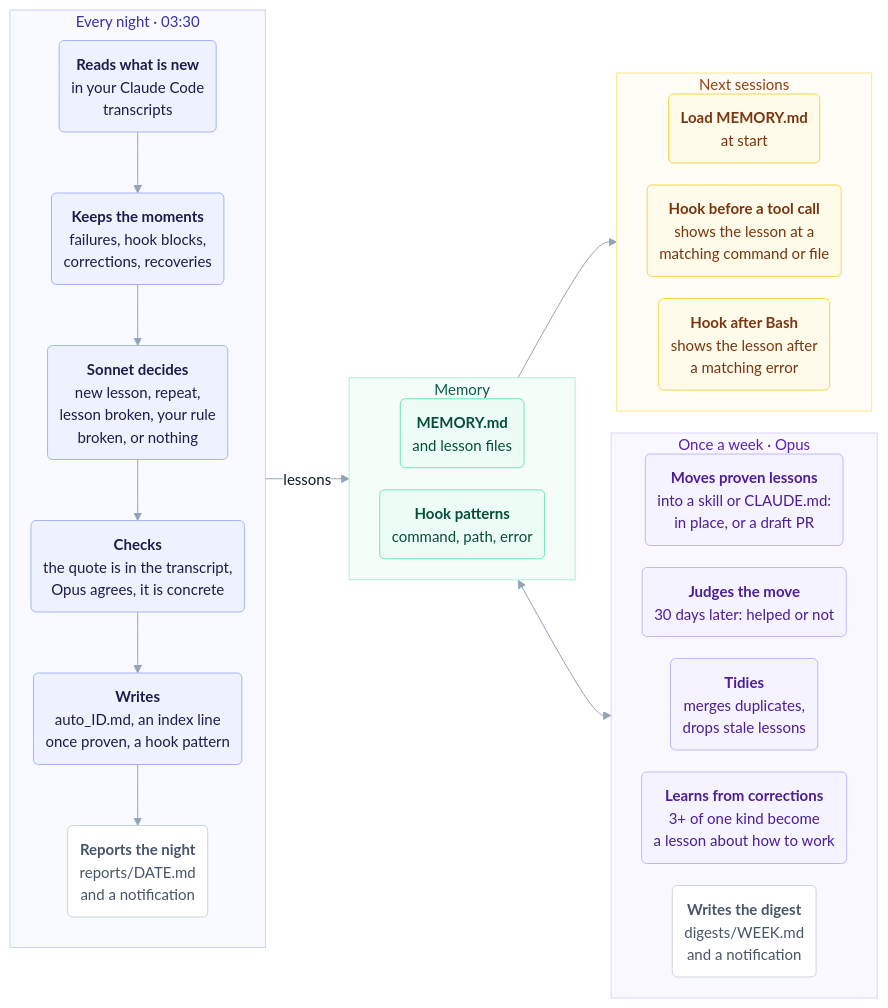
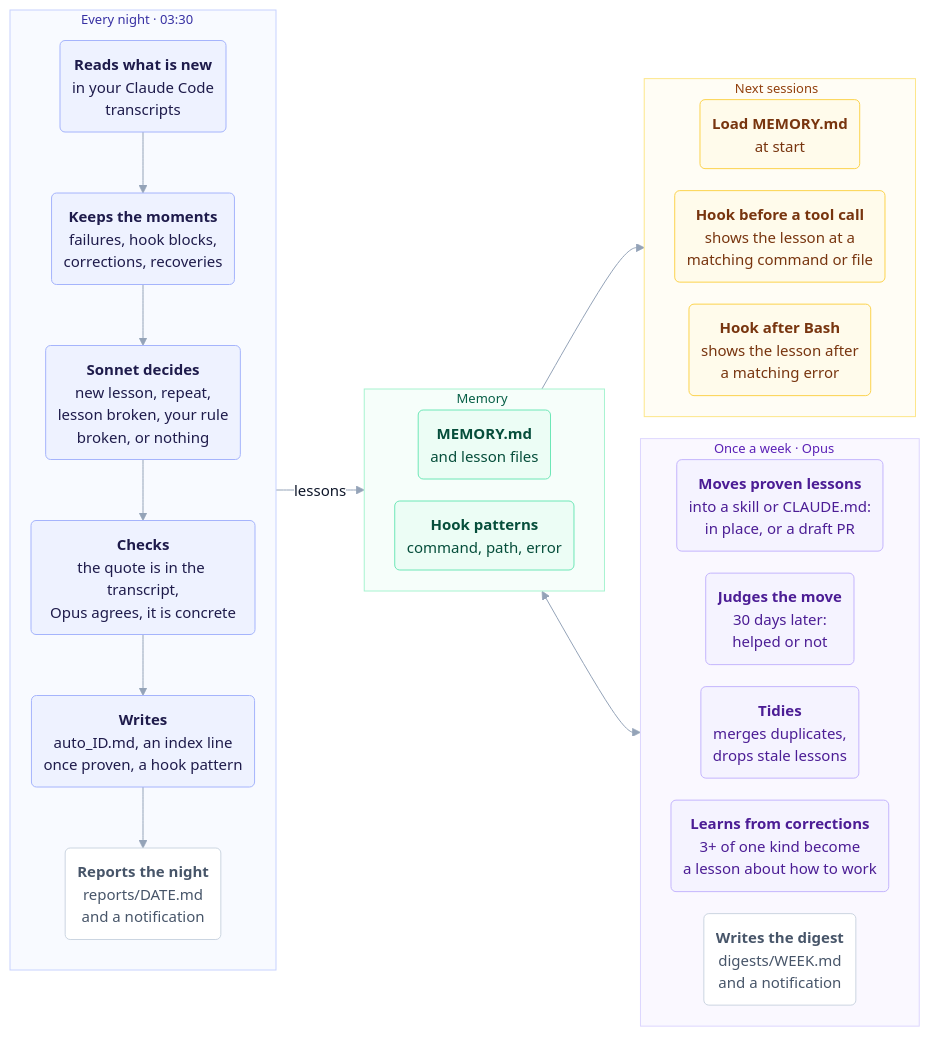
The first of 3 diagrams in README.md (vladislavgorbunov-afk/agent-reflect), drawn with Mermaid before and after one commit. The commit also changed other lines of this file, not shown here.

First line of the commit message:
docs: Keep the diagram labels inside their boxes on GitHub

````diff
--- a/README.md
+++ b/README.md
@@ -22,52 +22,53 @@
 ```mermaid
 %%{init: {"theme": "base", "themeVariables": {"fontFamily": "system-ui, -apple-system, Segoe UI, Helvetica, Arial, sans-serif", "fontSize": "15px", "lineColor": "#94a3b8", "primaryColor": "#f1f5f9", "primaryBorderColor": "#cbd5e1", "primaryTextColor": "#0f172a", "clusterBkg": "#f8fafc", "clusterBorder": "#e2e8f0", "edgeLabelBackground": "#ffffff"}, "flowchart": {"curve": "basis", "nodeSpacing": 22, "rankSpacing": 36, "padding": 12}}}%%
 flowchart LR
     subgraph N ["Every night · 03:30"]
         direction TB
         n1("<b>Reads what is new</b><br/>in your Claude Code<br/>transcripts"):::night
         n2("<b>Keeps the moments</b><br/>failures, hook blocks,<br/>corrections, recoveries"):::night
         n3("<b>Sonnet decides</b><br/>new lesson, repeat,<br/>lesson broken, your rule<br/>broken, or nothing"):::night
         n4("<b>Checks</b><br/>the quote is in the transcript,<br/>Opus agrees, it is concrete"):::night
         n5("<b>Writes</b><br/>auto_ID.md, an index line<br/>once proven, a hook pattern"):::night
         n6("<b>Reports the night</b><br/>reports/DATE.md<br/>and a notification"):::out
         n1 --> n2 --> n3 --> n4 --> n5 --> n6
     end
 
     subgraph M ["Memory"]
         direction LR
         m1("<b>MEMORY.md</b><br/>and lesson files"):::mem
         m2("<b>Hook patterns</b><br/>command, path, error"):::mem
     end
 
     subgraph S ["Next sessions"]
         direction LR
         s1("<b>Load MEMORY.md</b><br/>at start"):::work
         s2("<b>Hook before a tool call</b><br/>shows the lesson at a<br/>matching command or file"):::work
         s3("<b>Hook after Bash</b><br/>shows the lesson after<br/>a matching error"):::work
     end
 
     subgraph W ["Once a week · Opus"]
         direction LR
         w1("<b>Moves proven lessons</b><br/>into a skill or CLAUDE.md:<br/>in place, or a draft PR"):::week
-        w2("<b>Judges the move</b><br/>30 days later: helped or not"):::week
+        w2("<b>Judges the move</b><br/>30 days later:<br/>helped or not"):::week
         w3("<b>Tidies</b><br/>merges duplicates,<br/>drops stale lessons"):::week
         w4("<b>Learns from corrections</b><br/>3+ of one kind become<br/>a lesson about how to work"):::week
         w5("<b>Writes the digest</b><br/>digests/WEEK.md<br/>and a notification"):::out
     end
 
     N -->|"lessons"| M
     M --> S
     M <--> W
 
-    classDef night fill:#eef2ff,stroke:#a5b4fc,color:#1e1b4b
-    classDef mem fill:#ecfdf5,stroke:#6ee7b7,color:#064e3b
-    classDef work fill:#fffbeb,stroke:#fcd34d,color:#78350f
-    classDef week fill:#f5f3ff,stroke:#c4b5fd,color:#4c1d95
-    classDef user fill:#f1f5f9,stroke:#cbd5e1,color:#0f172a
-    classDef muted fill:#ffffff,stroke:#cbd5e1,stroke-dasharray:4 3,color:#64748b
-    classDef out fill:#ffffff,stroke:#cbd5e1,color:#475569
-    style N fill:#f8faff,stroke:#c7d2fe,color:#3730a3
-    style M fill:#f6fefa,stroke:#a7f3d0,color:#065f46
-    style S fill:#fffdf5,stroke:#fde68a,color:#92400e
-    style W fill:#faf8ff,stroke:#ddd6fe,color:#5b21b6
+    classDef night fill:#eef2ff,stroke:#a5b4fc,color:#1e1b4b,font-family:system-ui
+    classDef mem fill:#ecfdf5,stroke:#6ee7b7,color:#064e3b,font-family:system-ui
+    classDef work fill:#fffbeb,stroke:#fcd34d,color:#78350f,font-family:system-ui
+    classDef week fill:#f5f3ff,stroke:#c4b5fd,color:#4c1d95,font-family:system-ui
+    classDef user fill:#f1f5f9,stroke:#cbd5e1,color:#0f172a,font-family:system-ui
+    classDef muted fill:#ffffff,stroke:#cbd5e1,stroke-dasharray:4 3,color:#64748b,font-family:system-ui
+    classDef out fill:#ffffff,stroke:#cbd5e1,color:#475569,font-family:system-ui
+    style N fill:#f8faff,stroke:#c7d2fe,color:#3730a3,font-family:system-ui,font-size:13px
+    style M fill:#f6fefa,stroke:#a7f3d0,color:#065f46,font-family:system-ui,font-size:13px
+    style S fill:#fffdf5,stroke:#fde68a,color:#92400e,font-family:system-ui,font-size:13px
+    style W fill:#faf8ff,stroke:#ddd6fe,color:#5b21b6,font-family:system-ui,font-size:13px
+    linkStyle default font-family:system-ui
 ```
````
